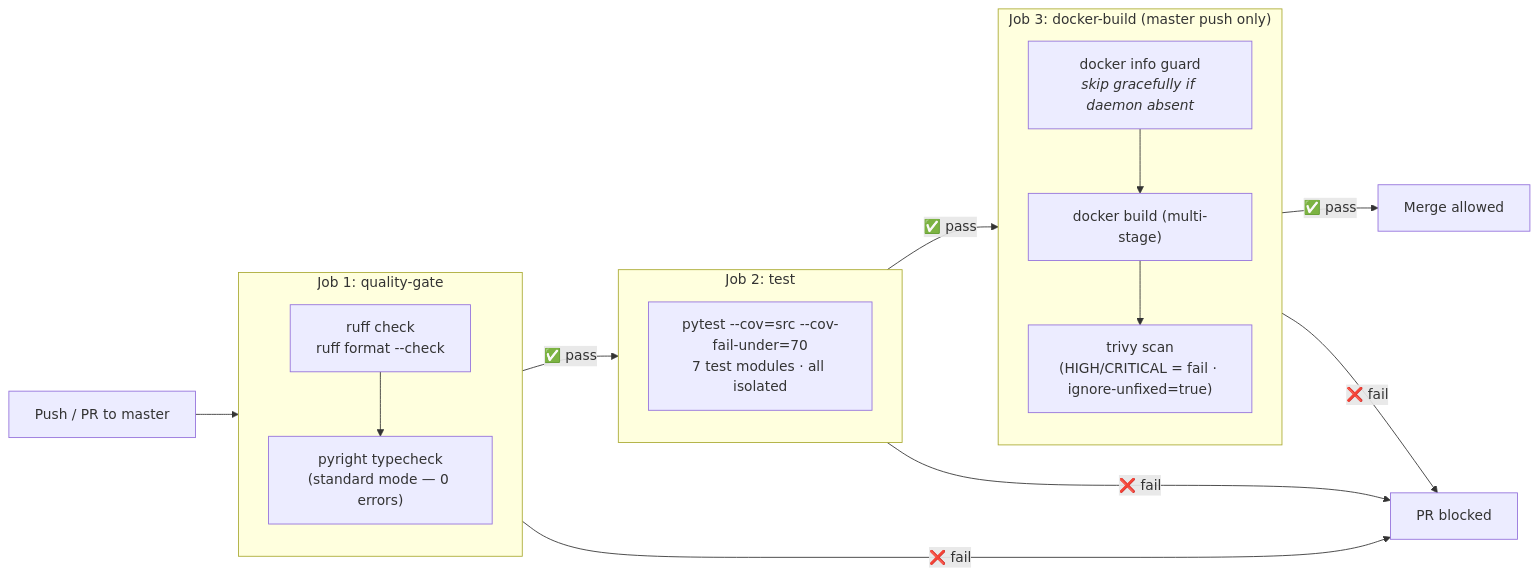
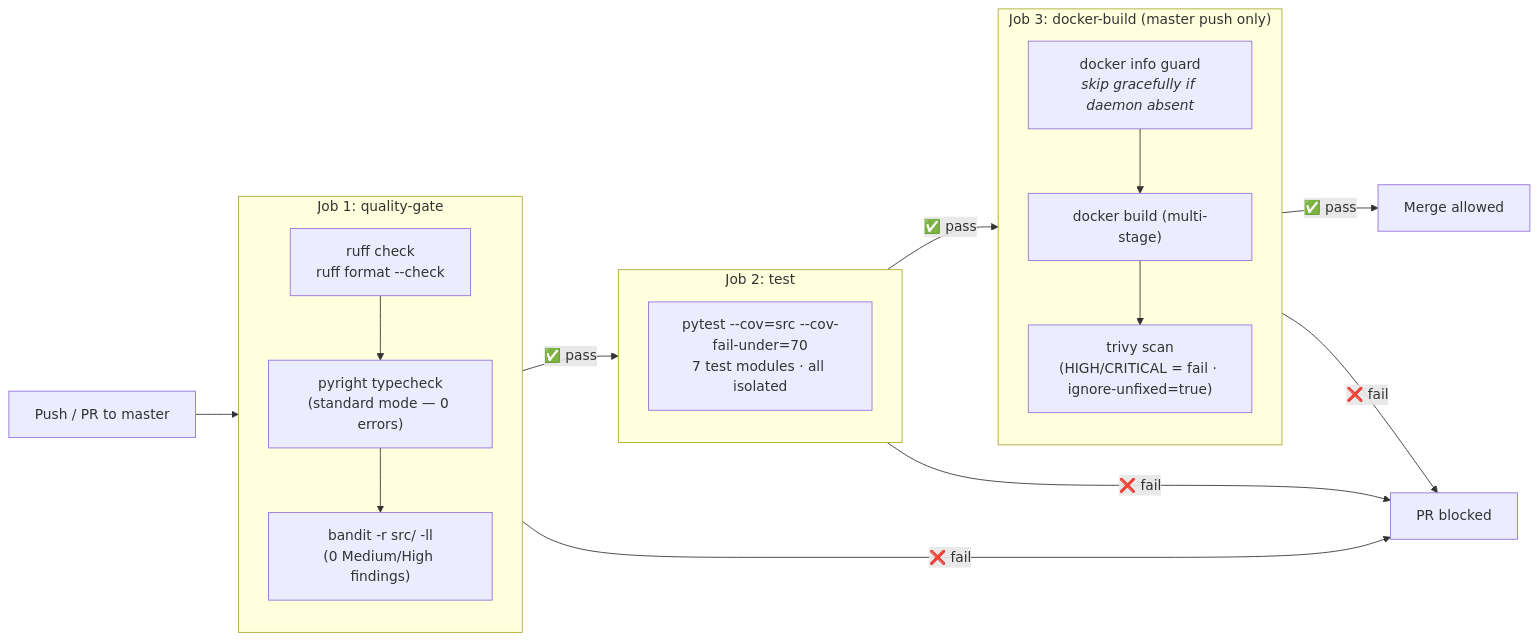
The sixth of 7 diagrams in reports/docs/architecture/system_design.md (SebastianGarrido2790/ai-assistant-docker-app), drawn with Mermaid before and after one commit. The commit also changed other lines of this file and 23 other files, not shown here.

````diff
--- a/reports/docs/architecture/system_design.md
+++ b/reports/docs/architecture/system_design.md
@@ -292,29 +304,30 @@
 ```mermaid
 graph LR
     PR["Push / PR to master"]
 
     subgraph QG["Job 1: quality-gate"]
         R["ruff check<br/>ruff format --check"]
         P["pyright typecheck<br/>(standard mode — 0 errors)"]
-        R --> P
+        BAN["bandit -r src/ -ll<br/>(0 Medium/High findings)"]
+        R --> P --> BAN
     end
 
     subgraph TEST["Job 2: test"]
         PT["pytest --cov=src --cov-fail-under=70<br/>7 test modules · all isolated"]
     end
 
     subgraph BUILD["Job 3: docker-build (master push only)"]
         DG["docker info guard<br/><i>skip gracefully if daemon absent</i>"]
         DB["docker build (multi-stage)"]
         TV["trivy scan<br/>(HIGH/CRITICAL = fail · ignore-unfixed=true)"]
         DG --> DB --> TV
     end
 
     PR --> QG
     QG -->|"✅ pass"| TEST
     TEST -->|"✅ pass"| BUILD
     BUILD -->|"✅ pass"| MERGE["Merge allowed"]
     QG -->|"❌ fail"| BLOCK["PR blocked"]
     TEST -->|"❌ fail"| BLOCK
     BUILD -->|"❌ fail"| BLOCK
 ```
````
